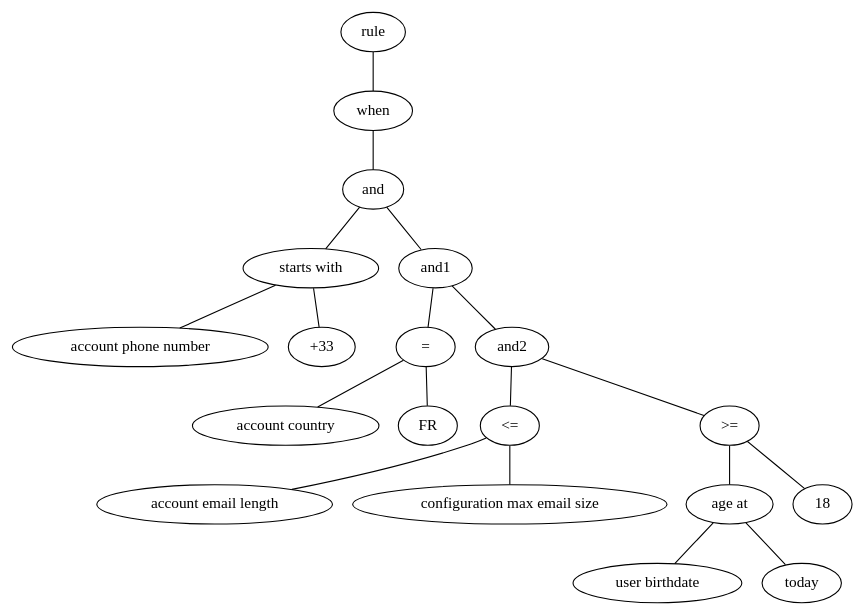
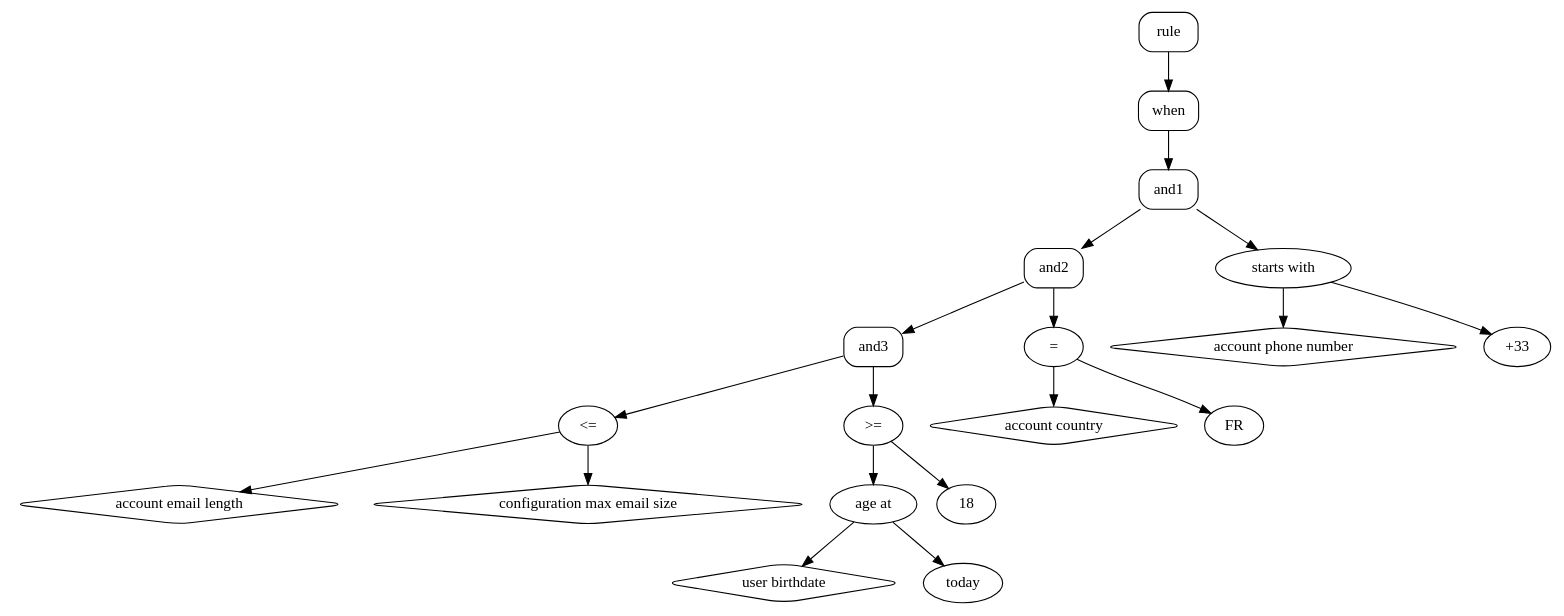
The diagram in docs/dot/ast_full.dot (lesfurets/dOOv), drawn with Graphviz before and after one commit. The commit also changed 4 other files, not shown here.

```diff
--- a/docs/dot/ast_full.dot
+++ b/docs/dot/ast_full.dot
@@ -1,24 +1,37 @@
-graph {
-    rule -- when;
+digraph {
+    node [style=rounded]
 
-    when -- and;
+    rule [shape=box]
+    when [shape=box]
+    and1 [shape=box]
+    and2 [shape=box]
+    and3 [shape=box]
+    "account phone number" [shape=diamond]
+    "account country" [shape=diamond]
+    "account email length" [shape=diamond]
+    "configuration max email size" [shape=diamond]
+    "user birthdate" [shape=diamond]
 
-    and -- "starts with";
-    "starts with" -- "account phone number";
-    "starts with" -- "+33";
-    and -- and1;
+    rule -> when;
 
-    and1 -- "=";
-    "=" -- "account country";
-    "=" -- "FR";
-    and1 -- and2;
+    when -> and1;
 
-    and2 -- "<=";
-    "<=" -- "account email length";
-    "<=" -- "configuration max email size";
-    and2 -- ">=";
-    ">=" -- "age at";
-    ">=" -- "18";
-    "age at" -- "user birthdate";
-    "age at" -- "today"
+    and1 -> "starts with";
+    "starts with" -> "account phone number";
+    "starts with" -> "+33";
+    and1 -> and2;
+
+    and2 -> "=";
+    "=" -> "account country";
+    "=" -> "FR";
+    and2 -> and3;
+
+    and3 -> "<=";
+    "<=" -> "account email length";
+    "<=" -> "configuration max email size";
+    and3 -> ">=";
+    ">=" -> "age at";
+    ">=" -> "18";
+    "age at" -> "user birthdate";
+    "age at" -> "today"
 }
```
